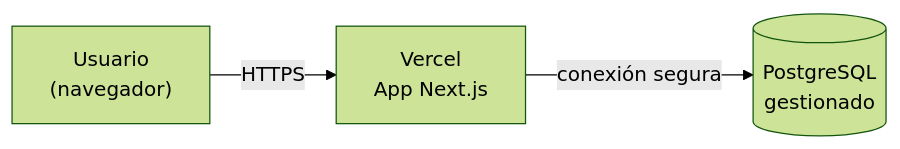
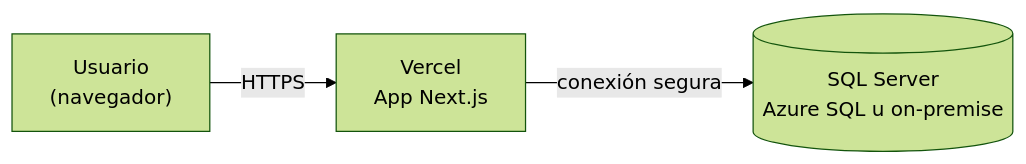
One commit to ssergiocr01/sistema-hoteles changed the second of 2 diagrams in docs/02-diseno/02-arquitectura.md. Above: the diagram before and after it, drawn with Mermaid (forest theme). The commit also changed other lines of this file and 3 other files, not shown here.

First line of the commit message:
Definir SQL Server + procedimientos almacenados y agregar esquema de BD

````diff
--- a/docs/02-diseno/02-arquitectura.md
+++ b/docs/02-diseno/02-arquitectura.md
@@ -108,5 +117,5 @@
 ```mermaid
 flowchart LR
     User["Usuario<br/>(navegador)"] -->|HTTPS| Vercel["Vercel<br/>App Next.js"]
-    Vercel -->|conexión segura| Postgres[("PostgreSQL<br/>gestionado")]
+    Vercel -->|conexión segura| SqlServer[("SQL Server<br/>Azure SQL u on-premise")]
 ```
````
